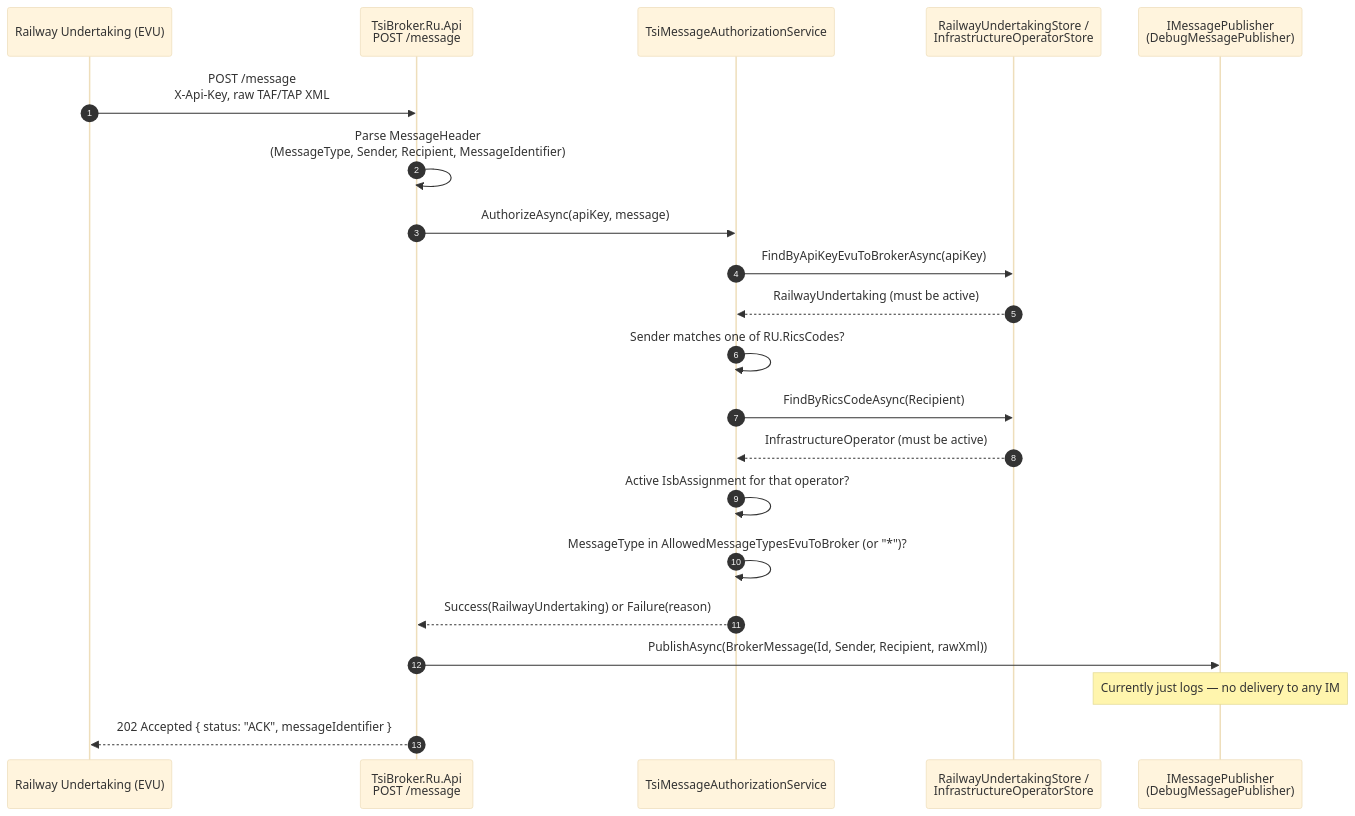
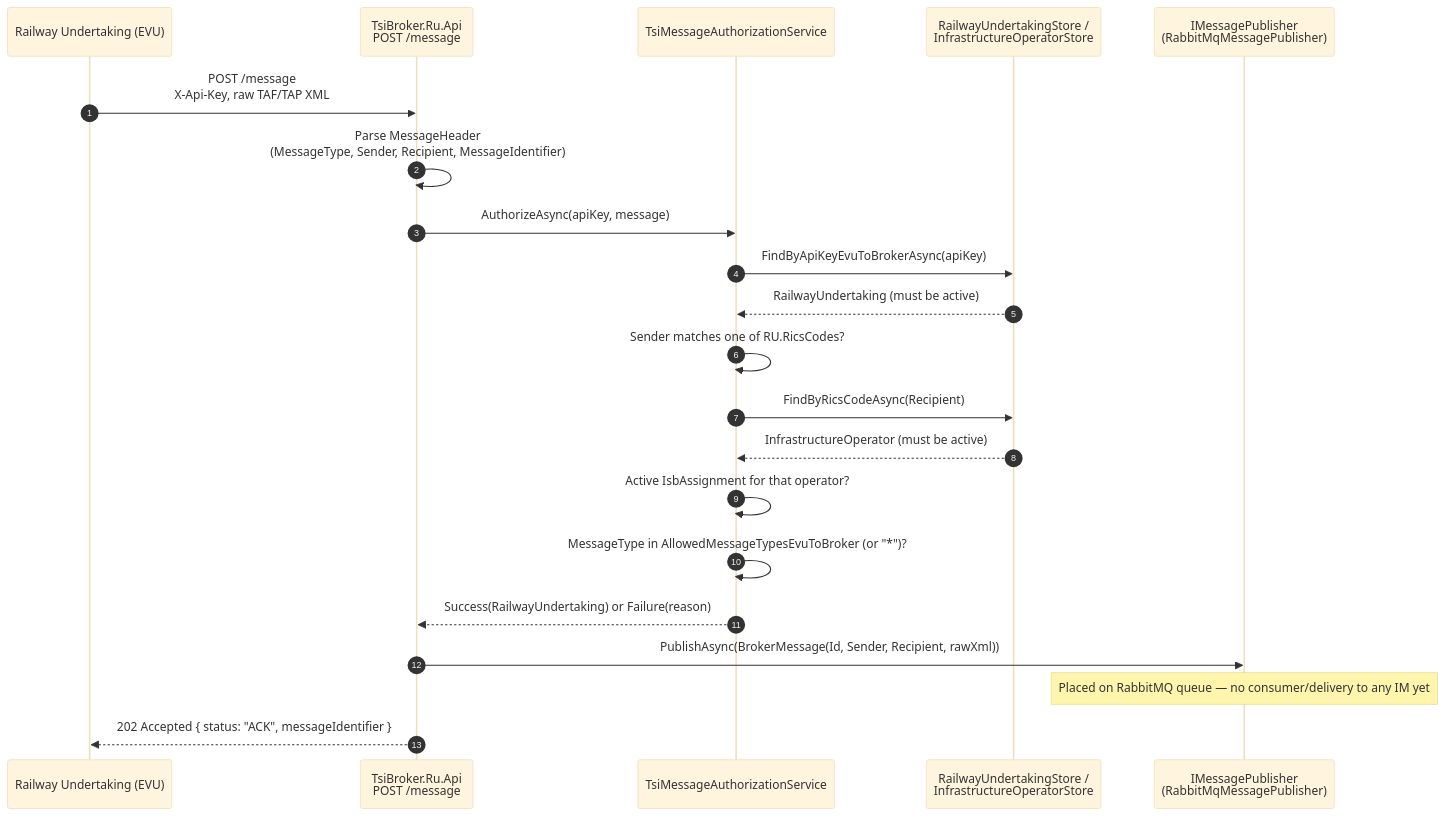
Before and after one commit to AmIHang/TsiBroker-V2: the first of 3 diagrams in wiki/Business-Flow.md, drawn with Mermaid (base theme). The commit also changed other lines of this file and 10 other files, not shown here.

Commit message:
feat: add message publisher

````diff
--- a/wiki/Business-Flow.md
+++ b/wiki/Business-Flow.md
@@ -11,24 +11,24 @@
 ```mermaid
 sequenceDiagram
     autonumber
     participant RU as Railway Undertaking (EVU)
     participant RuApi as TsiBroker.Ru.Api<br/>POST /message
     participant Auth as TsiMessageAuthorizationService
     participant Store as RailwayUndertakingStore /<br/>InfrastructureOperatorStore
-    participant Pub as IMessagePublisher<br/>(DebugMessagePublisher)
+    participant Pub as IMessagePublisher<br/>(RabbitMqMessagePublisher)
 
     RU->>RuApi: POST /message<br/>X-Api-Key, raw TAF/TAP XML
     RuApi->>RuApi: Parse MessageHeader<br/>(MessageType, Sender, Recipient, MessageIdentifier)
     RuApi->>Auth: AuthorizeAsync(apiKey, message)
     Auth->>Store: FindByApiKeyEvuToBrokerAsync(apiKey)
     Store-->>Auth: RailwayUndertaking (must be active)
     Auth->>Auth: Sender matches one of RU.RicsCodes?
     Auth->>Store: FindByRicsCodeAsync(Recipient)
     Store-->>Auth: InfrastructureOperator (must be active)
     Auth->>Auth: Active IsbAssignment for that operator?
     Auth->>Auth: MessageType in AllowedMessageTypesEvuToBroker (or "*")?
     Auth-->>RuApi: Success(RailwayUndertaking) or Failure(reason)
     RuApi->>Pub: PublishAsync(BrokerMessage(Id, Sender, Recipient, rawXml))
-    Note over Pub: Currently just logs — no delivery to any IM
+    Note over Pub: Placed on RabbitMQ queue — no consumer/delivery to any IM yet
     RuApi-->>RU: 202 Accepted { status: "ACK", messageIdentifier }
 ```
````
